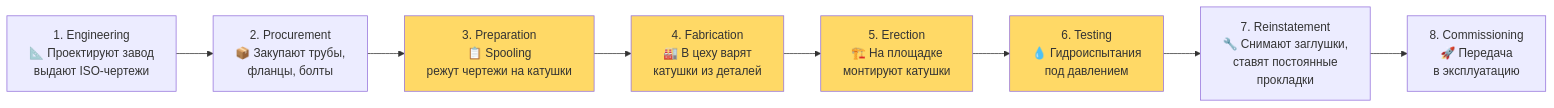
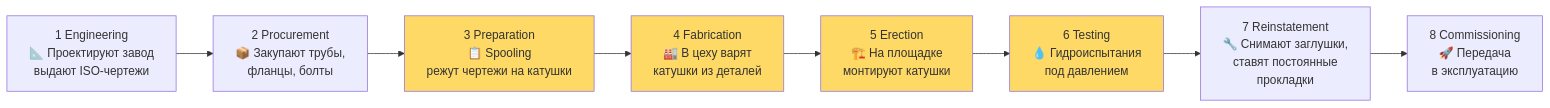
The second of 9 diagrams in docs/pipeline_construction_guide.md (vvnezapnopwnz1/piping), drawn with Mermaid before and after one commit. The commit also changed 13 other files, not shown here.

````diff
--- a/docs/pipeline_construction_guide.md
+++ b/docs/pipeline_construction_guide.md
@@ -84,18 +84,18 @@
 ```mermaid
 flowchart LR
-    A["1. Engineering<br/>📐 Проектируют завод<br/>выдают ISO-чертежи"]
-    B["2. Procurement<br/>📦 Закупают трубы,<br/>фланцы, болты"]
-    C["3. Preparation<br/>📋 Spooling<br/>режут чертежи на катушки"]
-    D["4. Fabrication<br/>🏭 В цеху варят<br/>катушки из деталей"]
-    E["5. Erection<br/>🏗️ На площадке<br/>монтируют катушки"]
-    F["6. Testing<br/>💧 Гидроиспытания<br/>под давлением"]
-    G["7. Reinstatement<br/>🔧 Снимают заглушки,<br/>ставят постоянные<br/>прокладки"]
-    H["8. Commissioning<br/>🚀 Передача<br/>в эксплуатацию"]
+    A["1 Engineering<br/>📐 Проектируют завод<br/>выдают ISO-чертежи"]
+    B["2 Procurement<br/>📦 Закупают трубы,<br/>фланцы, болты"]
+    C["3 Preparation<br/>📋 Spooling<br/>режут чертежи на катушки"]
+    D["4 Fabrication<br/>🏭 В цеху варят<br/>катушки из деталей"]
+    E["5 Erection<br/>🏗️ На площадке<br/>монтируют катушки"]
+    F["6 Testing<br/>💧 Гидроиспытания<br/>под давлением"]
+    G["7 Reinstatement<br/>🔧 Снимают заглушки,<br/>ставят постоянные<br/>прокладки"]
+    H["8 Commissioning<br/>🚀 Передача<br/>в эксплуатацию"]
     
     A --> B --> C --> D --> E --> F --> G --> H
     
     style C fill:#ffd966
     style D fill:#ffd966
     style E fill:#ffd966
     style F fill:#ffd966
 ```
````
